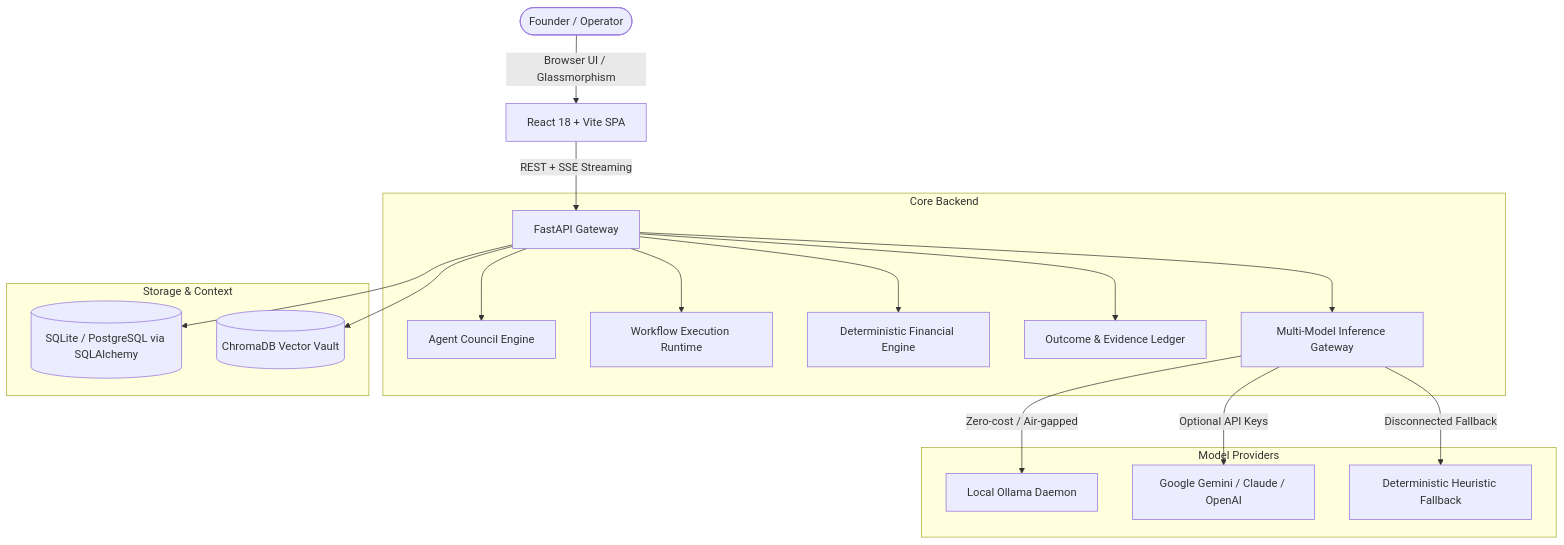
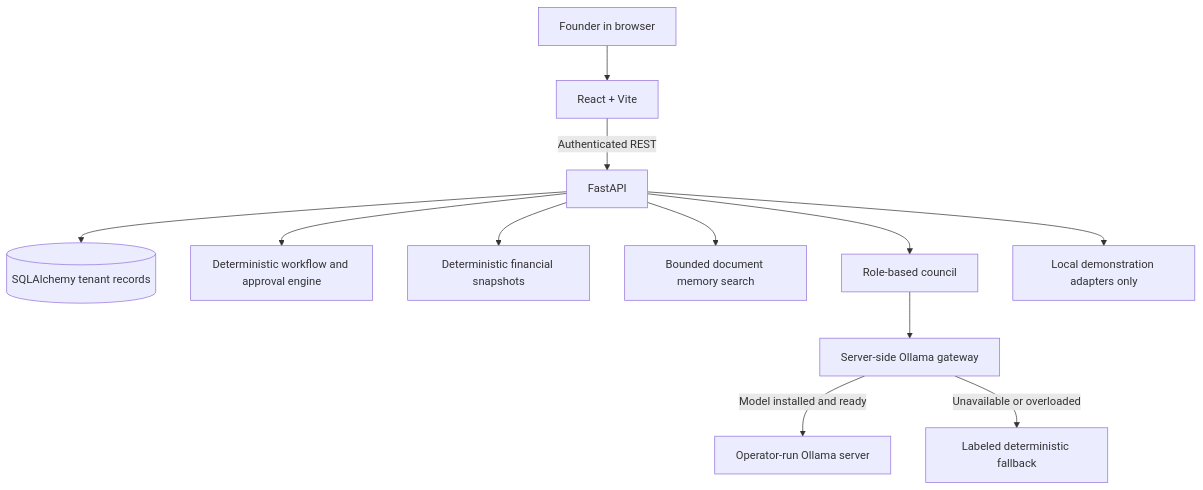
One commit to mihika-3159/OneBoard changed the diagram in README.md. Above: the diagram before and after it, drawn with Mermaid. The commit also changed other lines of this file, not shown here.

Commit message:
docs(p1): replace unverifiable product promises with accurate architecture and tested readiness boundaries

````diff
--- a/README.md
+++ b/README.md
@@ -63,24 +40,14 @@
 ```mermaid
-graph TD
-    User([Founder / Operator]) -->|Browser UI / Glassmorphism| WebApp[React 18 + Vite SPA]
-    WebApp -->|REST + SSE Streaming| API[FastAPI Gateway]
-    
-    subgraph Core Backend
-        API --> Council[Agent Council Engine]
-        API --> Workflow[Workflow Execution Runtime]
-        API --> Financials[Deterministic Financial Engine]
-        API --> Accountability[Outcome & Evidence Ledger]
-        API --> ModelGateway[Multi-Model Inference Gateway]
-    end
-
-    subgraph Storage & Context
-        API --> DB[(SQLite / PostgreSQL via SQLAlchemy)]
-        API --> Vector[(ChromaDB Vector Vault)]
-    end
-
-    subgraph Model Providers
-        ModelGateway -->|Zero-cost / Air-gapped| LocalOllama[Local Ollama Daemon]
-        ModelGateway -->|Optional API Keys| CloudLLM[Google Gemini / Claude / OpenAI]
-        ModelGateway -->|Disconnected Fallback| OfflineSim[Deterministic Heuristic Fallback]
-    end
+flowchart TD
+    Founder[Founder in browser] --> Web[React + Vite]
+    Web -->|Authenticated REST| API[FastAPI]
+    API --> Tenant[(SQLAlchemy tenant records)]
+    API --> Workflow[Deterministic workflow and approval engine]
+    API --> Finance[Deterministic financial snapshots]
+    API --> Memory[Bounded document memory search]
+    API --> Council[Role-based council]
+    Council --> Gateway[Server-side Ollama gateway]
+    Gateway -->|Model installed and ready| Ollama[Operator-run Ollama server]
+    Gateway -->|Unavailable or overloaded| Fallback[Labeled deterministic fallback]
+    API --> Sandbox[Local demonstration adapters only]
 ```
````
